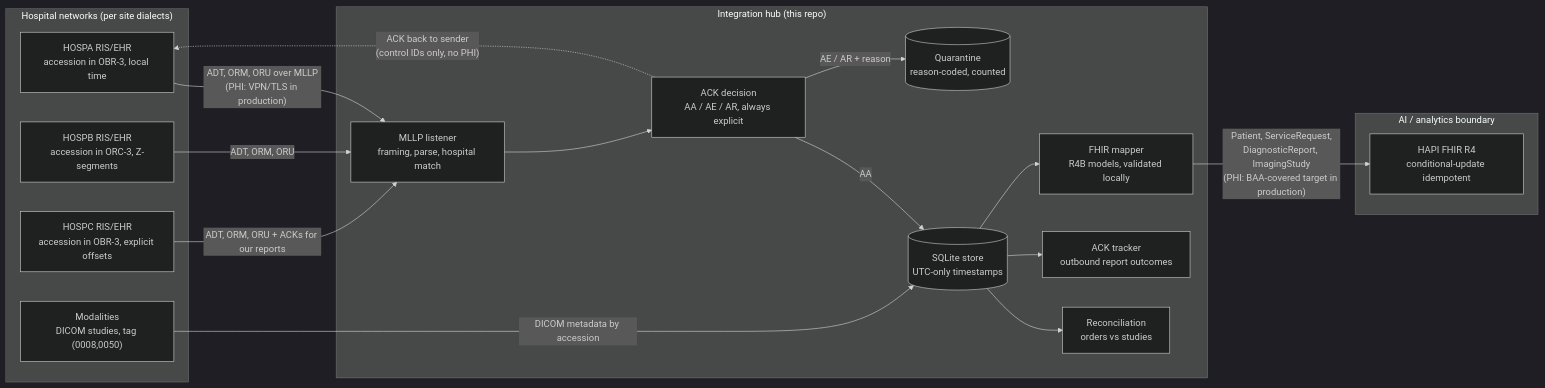
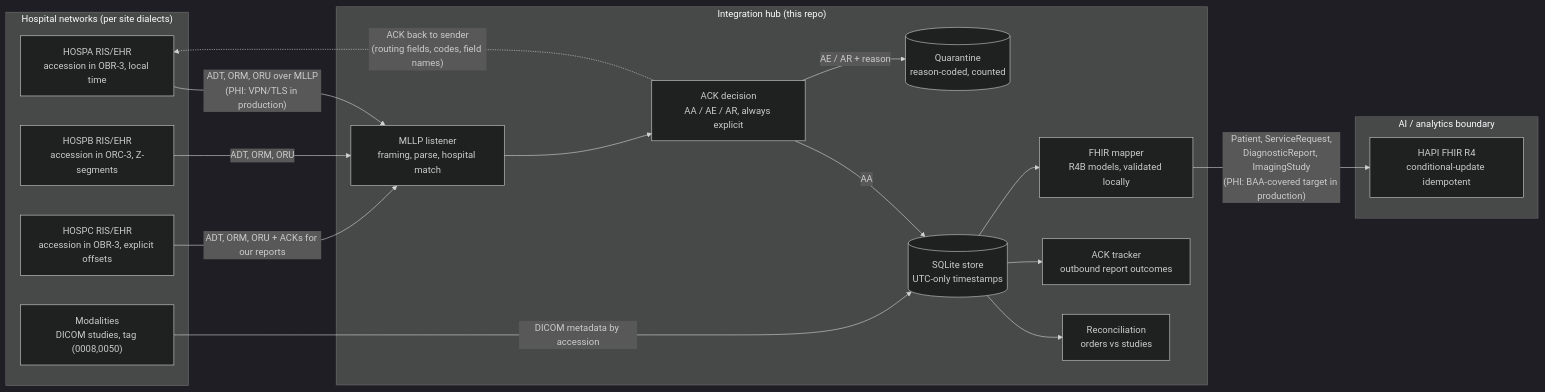
Before and after one commit to tlo1216/hl7bridge: the diagram in README.md, drawn with Mermaid (dark theme). The commit also changed other lines of this file and 3 other files, not shown here.

````diff
--- a/README.md
+++ b/README.md
@@ -145,36 +162,36 @@
 ```mermaid
 flowchart LR
     subgraph HOSP["Hospital networks (per site dialects)"]
         RIS_A["HOSPA RIS/EHR<br/>accession in OBR-3, local time"]
         RIS_B["HOSPB RIS/EHR<br/>accession in ORC-3, Z-segments"]
         RIS_C["HOSPC RIS/EHR<br/>accession in OBR-3, explicit offsets"]
         MOD["Modalities<br/>DICOM studies, tag (0008,0050)"]
     end
 
     subgraph HUB["Integration hub (this repo)"]
         MLLP["MLLP listener<br/>framing, parse, hospital match"]
         ACK["ACK decision<br/>AA / AE / AR, always explicit"]
         Q[("Quarantine<br/>reason-coded, counted")]
         DB[("SQLite store<br/>UTC-only timestamps")]
         REC["Reconciliation<br/>orders vs studies"]
         TRK["ACK tracker<br/>outbound report outcomes"]
         MAP["FHIR mapper<br/>R4B models, validated locally"]
     end
 
     subgraph FHIRNET["AI / analytics boundary"]
         HAPI["HAPI FHIR R4<br/>conditional-update idempotent"]
     end
 
     RIS_A -- "ADT, ORM, ORU over MLLP<br/>(PHI: VPN/TLS in production)" --> MLLP
     RIS_B -- "ADT, ORM, ORU" --> MLLP
     RIS_C -- "ADT, ORM, ORU + ACKs for our reports" --> MLLP
     MOD -- "DICOM metadata by accession" --> DB
     MLLP --> ACK
     ACK -- "AA" --> DB
     ACK -- "AE / AR + reason" --> Q
-    ACK -. "ACK back to sender<br/>(control IDs only, no PHI)" .-> RIS_A
+    ACK -. "ACK back to sender<br/>(routing fields, codes, field names)" .-> RIS_A
     DB --> REC
     DB --> TRK
     DB --> MAP
     MAP -- "Patient, ServiceRequest,<br/>DiagnosticReport, ImagingStudy<br/>(PHI: BAA-covered target in production)" --> HAPI
 ```
````
